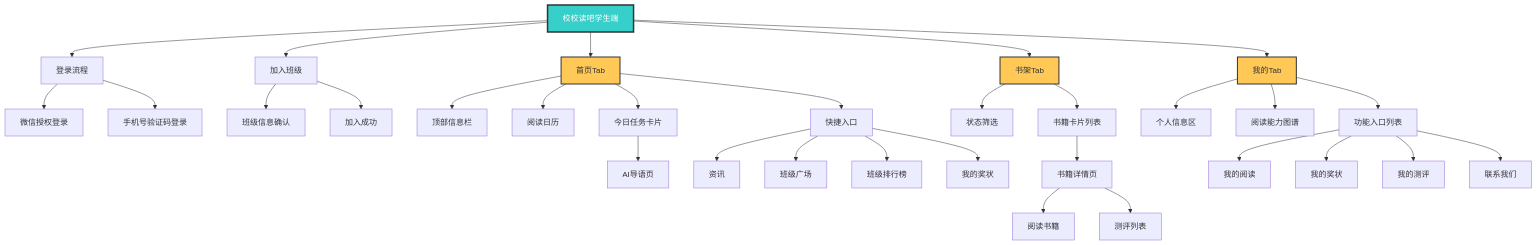
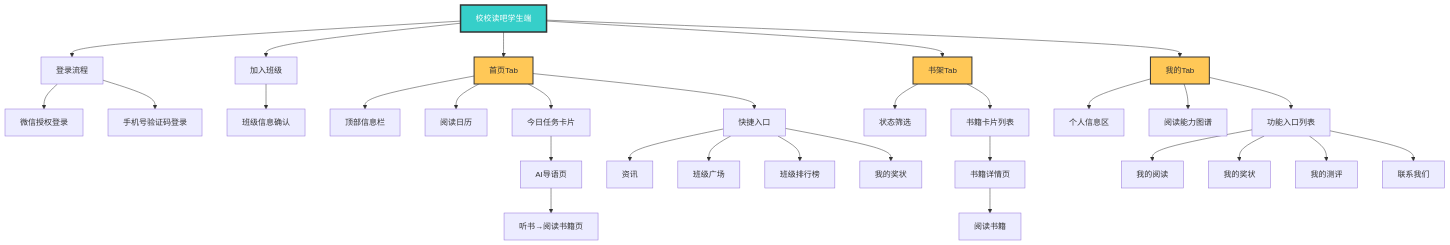
Before and after one commit to 22816523/math-kids: the third of 18 diagrams in 2-AI伴读V1.0/PRD文档/校校读吧学生端PRD_V1.0.md, drawn with Mermaid. The commit also changed other lines of this file and 23 other files, not shown here.

First line of the commit message:
优化学生端PRD线框图和界面原型

````diff
--- a/2-AI伴读V1.0/PRD文档/校校读吧学生端PRD_V1.0.md
+++ b/2-AI伴读V1.0/PRD文档/校校读吧学生端PRD_V1.0.md
@@ -335,47 +362,46 @@
 ```mermaid
 graph TD
     Root[校校读吧学生端]
 
     Root --> Login[登录流程]
     Root --> JoinClass[加入班级]
     Root --> HomeTab[首页Tab]
     Root --> BookshelfTab[书架Tab]
     Root --> MineTab[我的Tab]
 
     Login --> WechatLogin[微信授权登录]
     Login --> PhoneLogin[手机号验证码登录]
 
     JoinClass --> ClassConfirm[班级信息确认]
-    JoinClass --> JoinSuccess[加入成功]
 
     HomeTab --> TopBar[顶部信息栏]
     HomeTab --> Calendar[阅读日历]
     HomeTab --> TodayTask[今日任务卡片]
     HomeTab --> QuickEntry[快捷入口]
 
     TodayTask --> AIGuidePage[AI导语页]
+    AIGuidePage --> ListenBook[听书→阅读书籍页]
     QuickEntry --> NewsList[资讯]
     QuickEntry --> ClassSquare[班级广场]
     QuickEntry --> ClassRankFull[班级排行榜]
     QuickEntry --> MyCertShort[我的奖状]
 
     BookshelfTab --> BookFilter[状态筛选]
     BookshelfTab --> BookCards[书籍卡片列表]
     BookCards --> BookDetail[书籍详情页]
     BookDetail --> ReadBook[阅读书籍]
-    BookDetail --> ExamList[测评列表]
 
     MineTab --> ProfileInfo[个人信息区]
     MineTab --> AbilityCard[阅读能力图谱]
     MineTab --> FuncList[功能入口列表]
 
     FuncList --> MyRead[我的阅读]
     FuncList --> MyCert[我的奖状]
     FuncList --> MyExam[我的测评]
     FuncList --> Contact[联系我们]
 
     style Root fill:#36CFC9,stroke:#333,stroke-width:3px,color:#fff
     style HomeTab fill:#FFC857,stroke:#333,stroke-width:2px
     style BookshelfTab fill:#FFC857,stroke:#333,stroke-width:2px
     style MineTab fill:#FFC857,stroke:#333,stroke-width:2px
 ```
````
